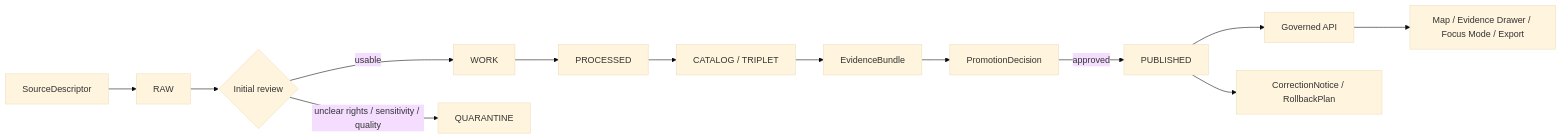
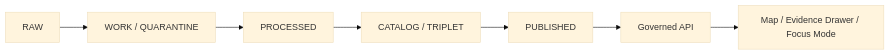
The first of 2 diagrams in README.md (bartytime4life/Kansas-Frontier-Matrix), drawn with Mermaid (base theme) before and after one commit. The commit also changed other lines of this file, not shown here.

````diff
--- a/README.md
+++ b/README.md
@@ -75,15 +113,9 @@
 ```mermaid
 flowchart LR
-  A[SourceDescriptor] --> B[RAW]
-  B --> C{Initial review}
-  C -->|usable| D[WORK]
-  C -->|unclear rights / sensitivity / quality| E[QUARANTINE]
-  D --> F[PROCESSED]
-  F --> G[CATALOG / TRIPLET]
-  G --> H[EvidenceBundle]
-  H --> I[PromotionDecision]
-  I -->|approved| J[PUBLISHED]
-  J --> K[Governed API]
-  K --> L[Map / Evidence Drawer / Focus Mode / Export]
-  J --> M[CorrectionNotice / RollbackPlan]
+  RAW[RAW] --> WORK[WORK / QUARANTINE]
+  WORK --> PROCESSED[PROCESSED]
+  PROCESSED --> CATALOG[CATALOG / TRIPLET]
+  CATALOG --> PUBLISHED[PUBLISHED]
+  PUBLISHED --> API[Governed API]
+  API --> UI[Map / Evidence Drawer / Focus Mode]
 ```
````
